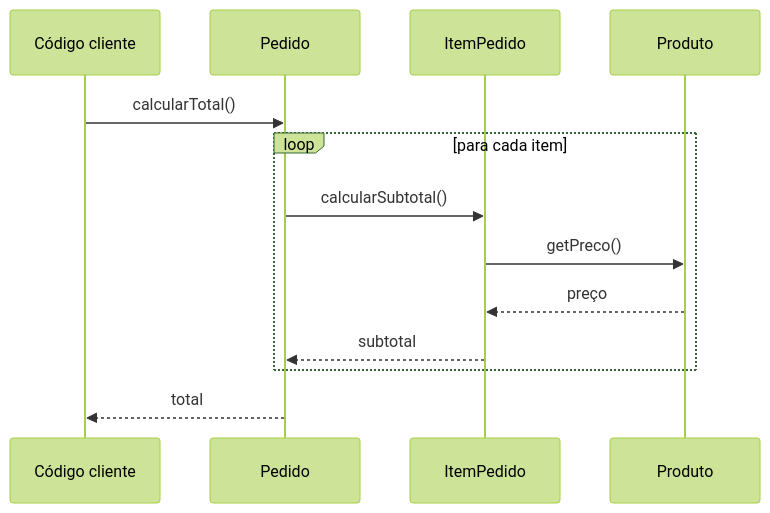
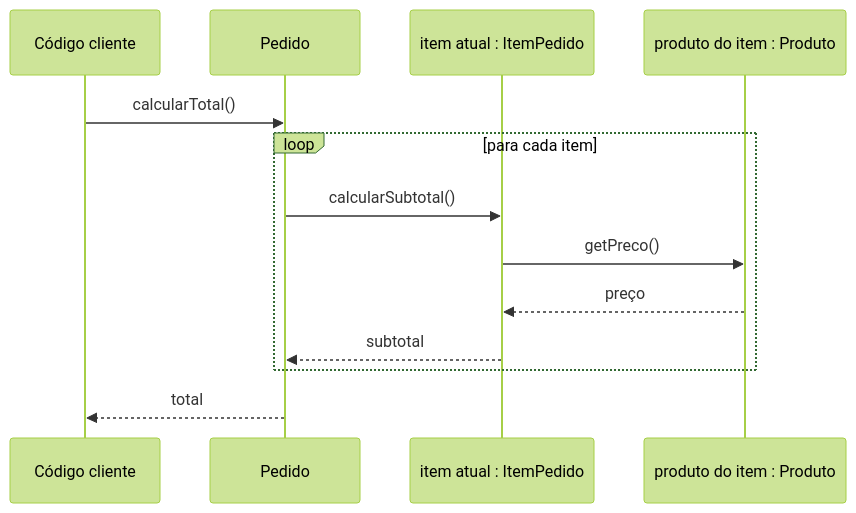
Before and after one commit to igorbarcosta/poo: the second of 2 diagrams in docs/aulas/aula-07-um-objeto-coordenando-varios-outros.md, drawn with Mermaid (forest theme). The commit also changed other lines of this file and 29 other files, not shown here.

Commit message:
feat: refine POO diagrams and guided labs

````diff
--- a/docs/aulas/aula-07-um-objeto-coordenando-varios-outros.md
+++ b/docs/aulas/aula-07-um-objeto-coordenando-varios-outros.md
@@ -221,16 +239,16 @@
 ```mermaid
 sequenceDiagram
     participant C as Código cliente
     participant P as Pedido
-    participant I as ItemPedido
-    participant R as Produto
+    participant I as item atual : ItemPedido
+    participant R as produto do item : Produto
 
     C->>P: calcularTotal()
     loop para cada item
         P->>I: calcularSubtotal()
         I->>R: getPreco()
         R-->>I: preço
         I-->>P: subtotal
     end
     P-->>C: total
 ```
````
